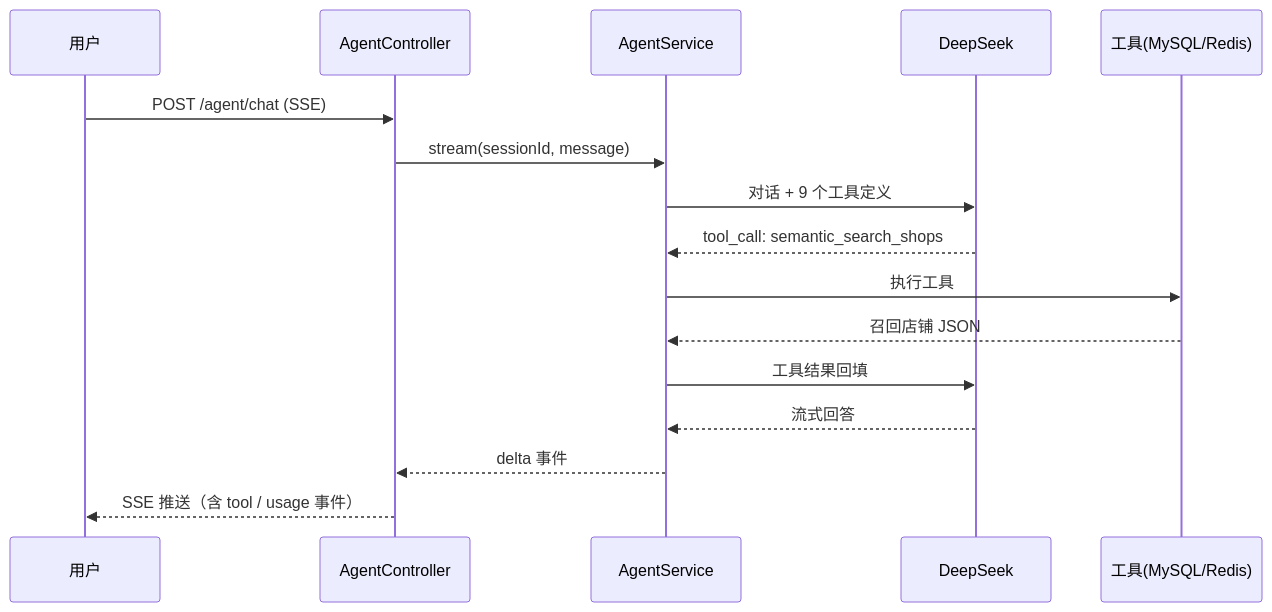
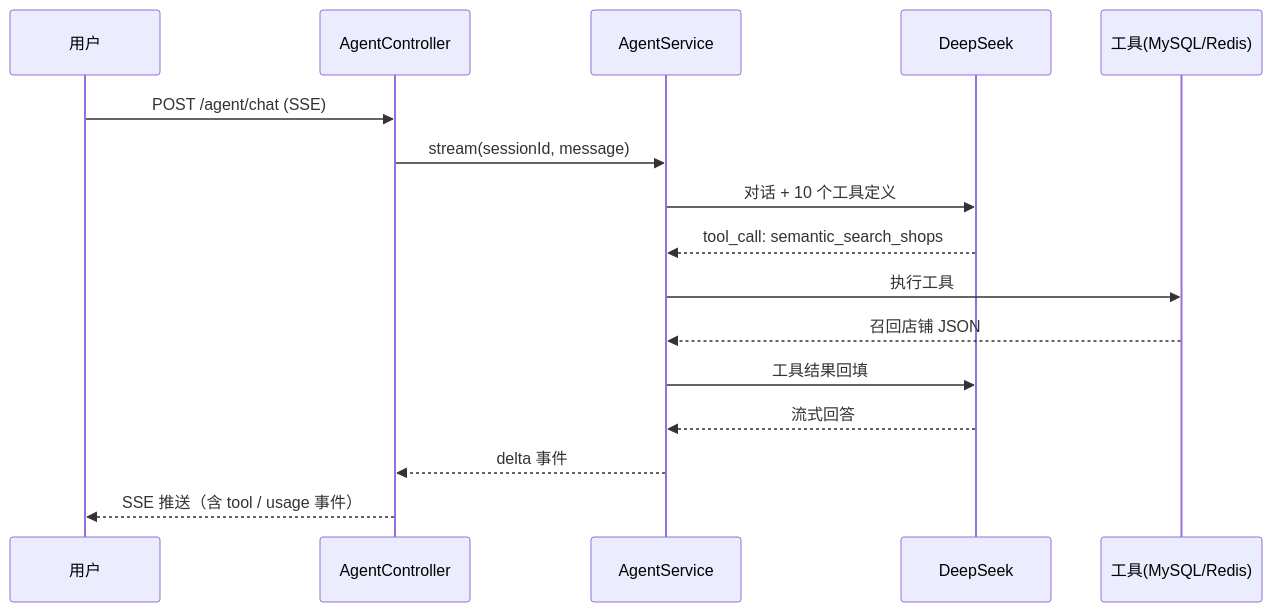
The second of 2 diagrams in README.md (25-caixukun-25/xw-agent-dp), drawn with Mermaid before and after one commit. The commit also changed other lines of this file and 16 other files, not shown here.

````diff
--- a/README.md
+++ b/README.md
@@ -49,18 +49,18 @@
 ```mermaid
 sequenceDiagram
     participant U as 用户
     participant A as AgentController
     participant S as AgentService
     participant L as DeepSeek
     participant T as 工具(MySQL/Redis)
     U->>A: POST /agent/chat (SSE)
     A->>S: stream(sessionId, message)
-    S->>L: 对话 + 9 个工具定义
+    S->>L: 对话 + 10 个工具定义
     L-->>S: tool_call: semantic_search_shops
     S->>T: 执行工具
     T-->>S: 召回店铺 JSON
     S->>L: 工具结果回填
     L-->>S: 流式回答
     S-->>A: delta 事件
     A-->>U: SSE 推送（含 tool / usage 事件）
 ```
````
